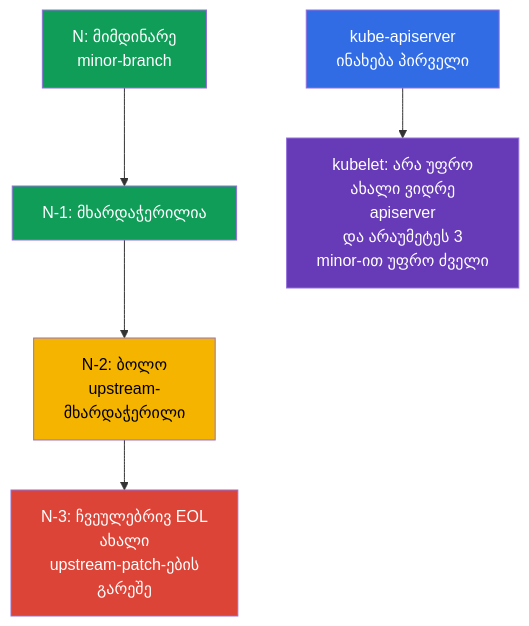
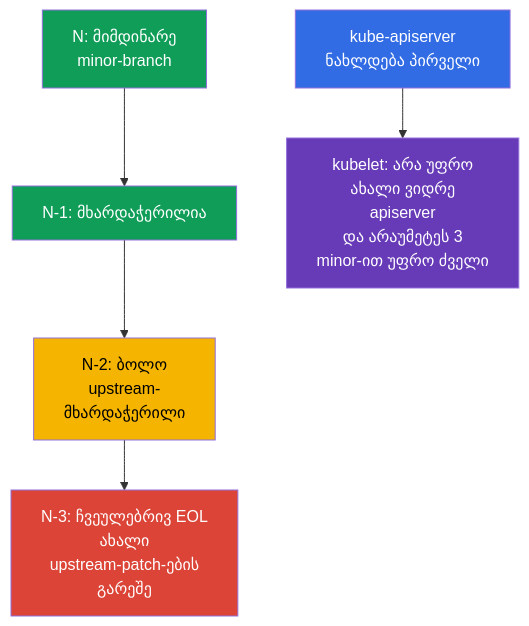
One commit to ViktorUJ/cks changed the second of 2 diagrams in tasks/cks/course/13/ge.md. Above: the diagram before and after it, drawn with Mermaid. The commit also changed other lines of this file and 280 other files, not shown here.

````diff
--- a/tasks/cks/course/13/ge.md
+++ b/tasks/cks/course/13/ge.md
@@ -93,11 +93,11 @@
 ```mermaid
 flowchart TB
     n["N: მიმდინარე<br/>minor-branch"] --> n1["N-1: მხარდაჭერილია"] --> n2["N-2: ბოლო<br/>upstream-<br/>მხარდაჭერილი"] --> n3["N-3: ჩვეულებრივ EOL<br/>ახალი<br/>upstream-patch-ების<br/>გარეშე"]
-    cp["kube-apiserver<br/>ინახება პირველი"] --> worker["kubelet: არა უფრო<br/>ახალი ვიდრე<br/>apiserver<br/>და არაუმეტეს 3<br/>minor-ით უფრო ძველი"]
+    cp["kube-apiserver<br/>ნახლდება პირველი"] --> worker["kubelet: არა უფრო<br/>ახალი ვიდრე<br/>apiserver<br/>და არაუმეტეს 3<br/>minor-ით უფრო ძველი"]
     style n fill:#0f9d58,color:#fff
     style n1 fill:#0f9d58,color:#fff
     style n2 fill:#f4b400,color:#000
     style n3 fill:#db4437,color:#fff
     style cp fill:#326ce5,color:#fff
     style worker fill:#673ab7,color:#fff
 ```
````
